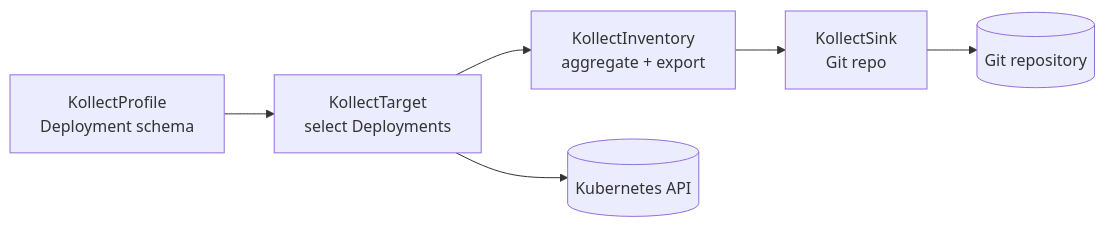
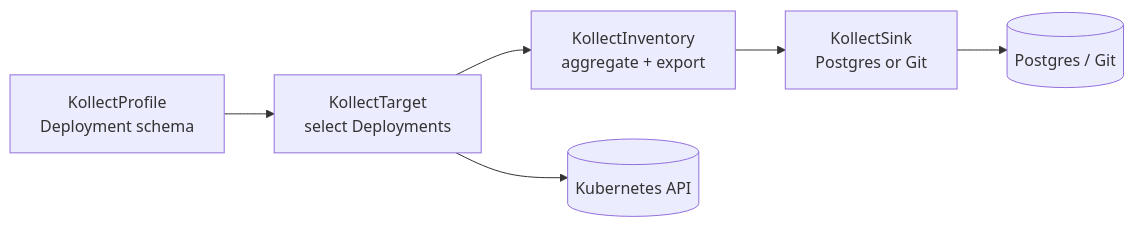
Before and after one commit to PlatformRelay/Kollect: the diagram in docs/examples/deployment-inventory.md, drawn with Mermaid. The commit also changed other lines of this file, not shown here.

````diff
--- a/docs/examples/deployment-inventory.md
+++ b/docs/examples/deployment-inventory.md
@@ -11,14 +16,14 @@
 ```mermaid
 flowchart LR
   Profile[KollectProfile<br/>Deployment schema]
   Target[KollectTarget<br/>select Deployments]
   Inv[KollectInventory<br/>aggregate + export]
-  Sink[KollectSink<br/>Git repo]
+  Sink[KollectSink<br/>Postgres or Git]
   K8s[(Kubernetes API)]
 
   Profile --> Target
   Target --> K8s
   Target --> Inv
   Inv --> Sink
-  Sink --> Git[(Git repository)]
+  Sink --> Store[(Postgres / Git)]
 ```
````
